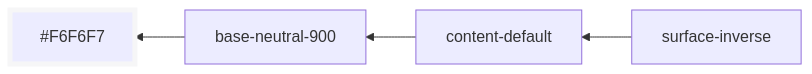
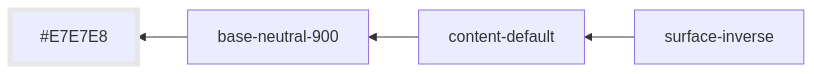
Before and after one commit to oxidecomputer/design-system: diagram 51 of 51 in styles/dist/blue.md, drawn with Mermaid. The commit also changed 4 other files, not shown here.

````diff
--- a/styles/dist/blue.md
+++ b/styles/dist/blue.md
@@ -585,8 +585,8 @@
 ```mermaid
 graph RL
-  base-neutral-900 --> #F6F6F7:::base-neutral-900
+  base-neutral-900 --> #E7E7E8:::base-neutral-900
   surface-inverse --> content-default
   content-default --> base-neutral-900
 
-	classDef base-neutral-900 stroke-width:5,stroke:#F6F6F7
+	classDef base-neutral-900 stroke-width:5,stroke:#E7E7E8
 ```
````
